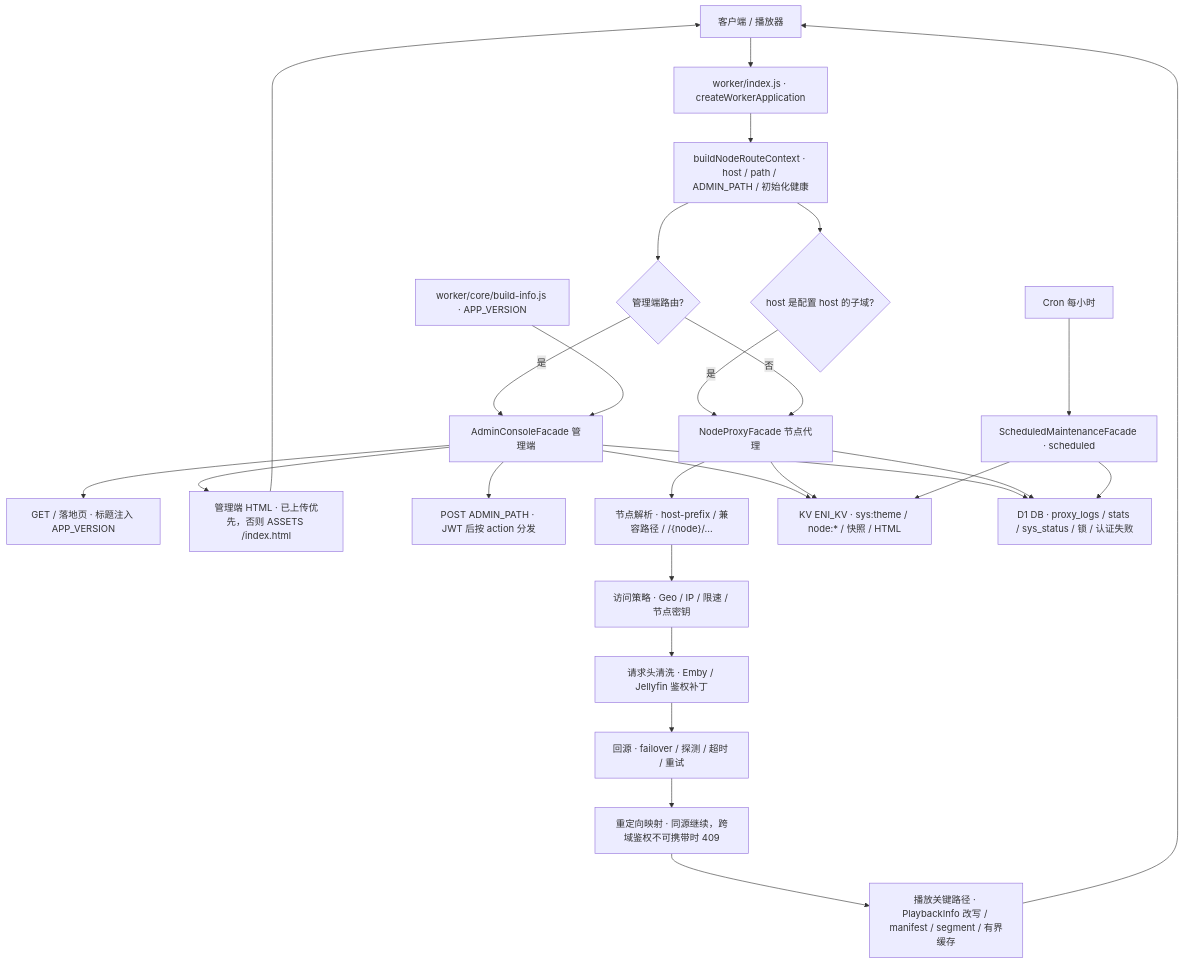
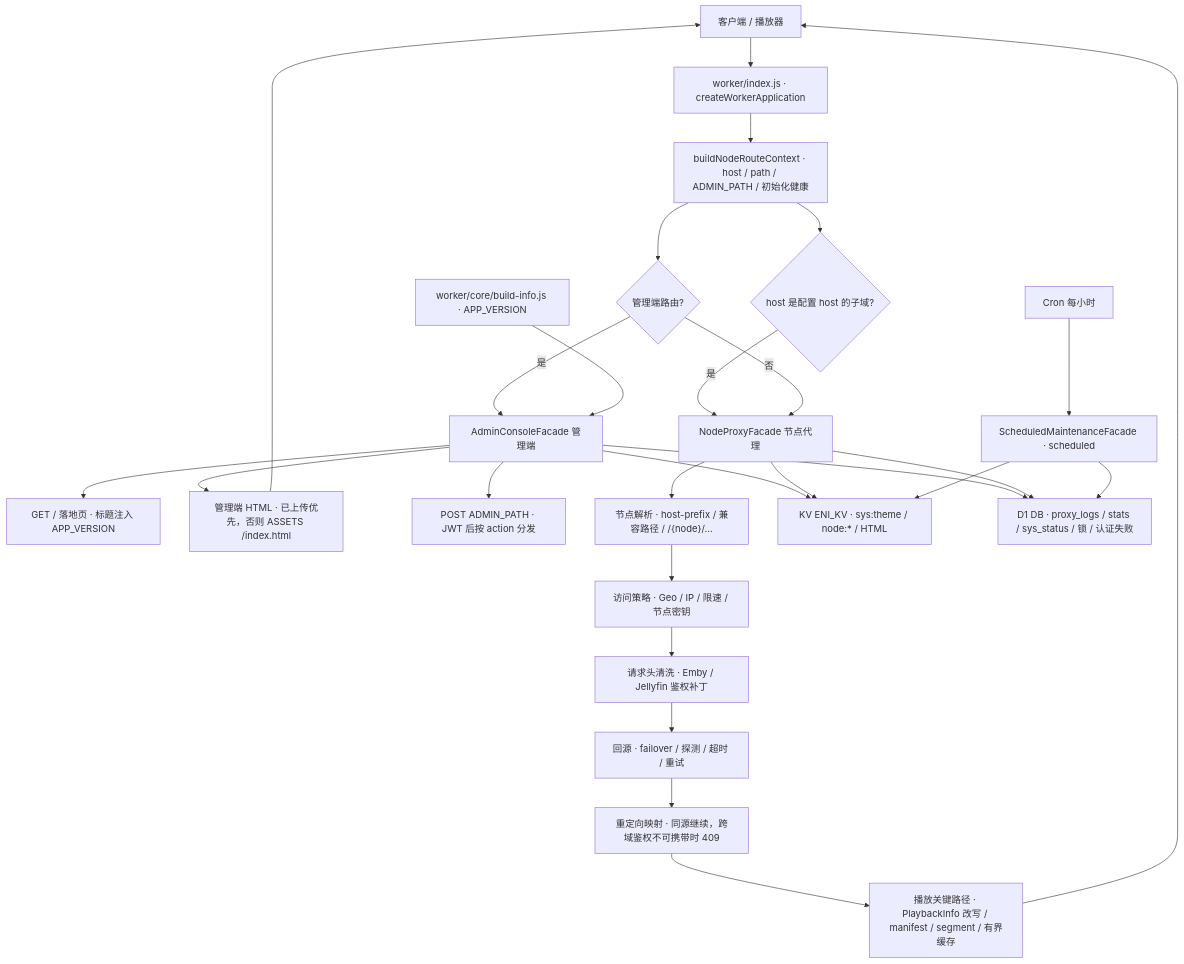
One commit to T-Zphxlf/CF-EMBY-PROXY-UI changed the diagram in docs/architecture.md. Above: the diagram before and after it, drawn with Mermaid. The commit also changed other lines of this file and 2 other files, not shown here.

First line of the commit message:
docs: refresh V19.7 settings, protocol and admin shell contracts

````diff
--- a/docs/architecture.md
+++ b/docs/architecture.md
@@ -7,33 +7,33 @@
 ```mermaid
 flowchart TD
   Client["客户端 / 播放器"] --> Entry["worker/index.js · createWorkerApplication"]
   Cron["Cron 每小时"] --> Scheduled["ScheduledMaintenanceFacade · scheduled"]
   Entry --> Route["buildNodeRouteContext · host / path / ADMIN_PATH / 初始化健康"]
 
   Route --> HostPrefix{"host 是配置 host 的子域?"}
   HostPrefix -- 是 --> Proxy["NodeProxyFacade 节点代理"]
   Route --> AdminRoute{"管理端路由?"}
   AdminRoute -- 是 --> Admin["AdminConsoleFacade 管理端"]
   AdminRoute -- 否 --> Proxy
 
   Admin --> Landing["GET / 落地页 · 标题注入 APP_VERSION"]
   Admin --> Shell["管理端 HTML · 已上传优先，否则 ASSETS /index.html"]
   Admin --> AdminAPI["POST ADMIN_PATH · JWT 后按 action 分发"]
   Shell --> Client
 
   Proxy --> NodeRoute["节点解析 · host-prefix / 兼容路径 / /{node}/..."]
   NodeRoute --> Policy["访问策略 · Geo / IP / 限速 / 节点密钥"]
   Policy --> Header["请求头清洗 · Emby / Jellyfin 鉴权补丁"]
   Header --> Upstream["回源 · failover / 探测 / 超时 / 重试"]
   Upstream --> Redirect["重定向映射 · 同源继续，跨域鉴权不可携带时 409"]
   Redirect --> Playback["播放关键路径 · PlaybackInfo 改写 / manifest / segment / 有界缓存"]
   Playback --> Client
 
-  Admin --> KV["KV ENI_KV · sys:theme / node:* / 快照 / HTML"]
+  Admin --> KV["KV ENI_KV · sys:theme / node:* / HTML"]
   Proxy --> KV
   Admin --> D1["D1 DB · proxy_logs / stats / sys_status / 锁 / 认证失败"]
   Proxy --> D1
   Scheduled --> KV
   Scheduled --> D1
   Version["worker/core/build-info.js · APP_VERSION"] --> Admin
 ```
````
